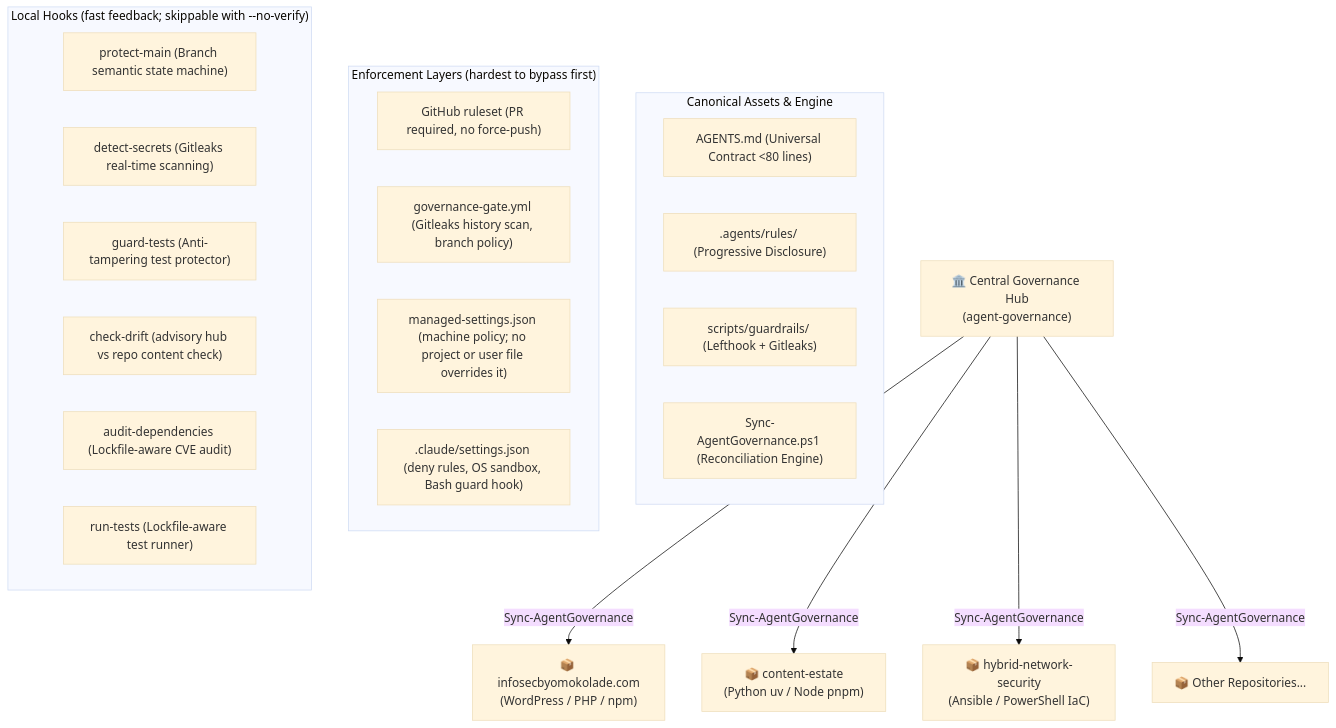
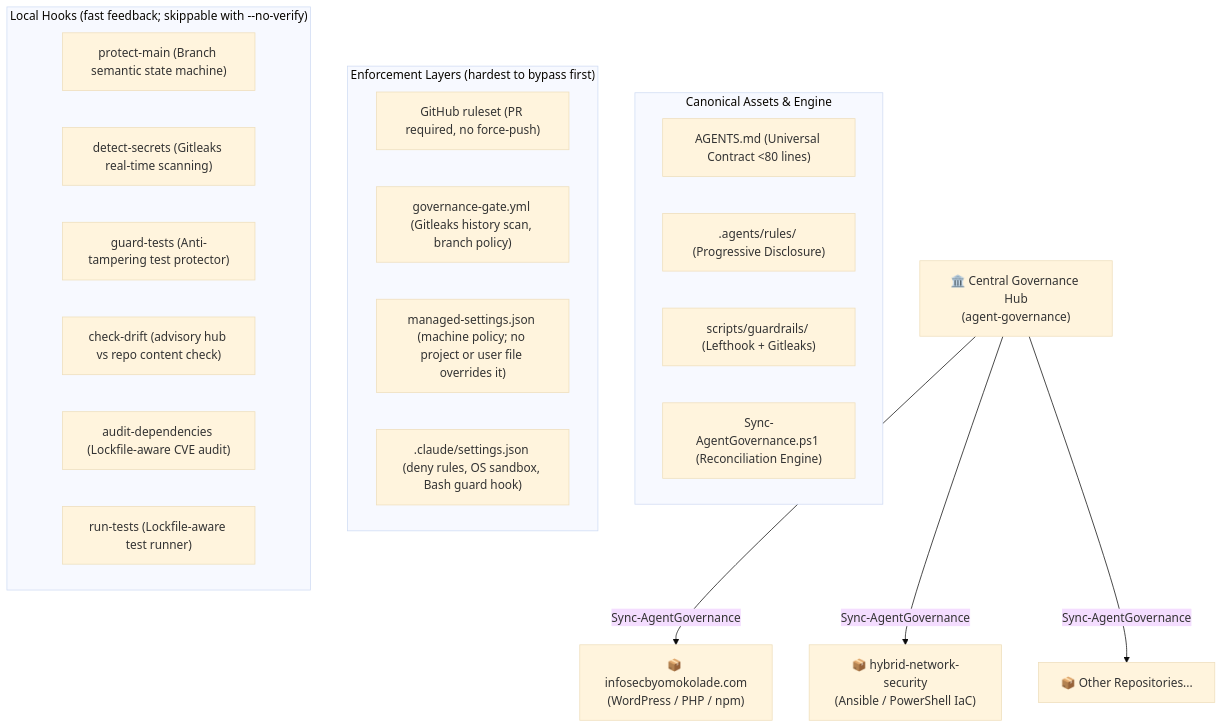
Before and after one commit to kolade-ogunleye/agent-governance: the diagram in README.md, drawn with Mermaid (base theme). The commit also changed other lines of this file and 5 other files, not shown here.

````diff
--- a/README.md
+++ b/README.md
@@ -11,30 +11,29 @@
 ```mermaid
 flowchart TD
     Hub["🏛️ Central Governance Hub<br>(agent-governance)"] -->|Sync-AgentGovernance| R1["📦 infosecbyomokolade.com<br>(WordPress / PHP / npm)"]
-    Hub -->|Sync-AgentGovernance| R2["📦 content-estate<br>(Python uv / Node pnpm)"]
     Hub -->|Sync-AgentGovernance| R3["📦 hybrid-network-security<br>(Ansible / PowerShell IaC)"]
     Hub -->|Sync-AgentGovernance| RN["📦 Other Repositories..."]
 
     subgraph HubContent["Canonical Assets & Engine"]
         T_AGENTS["AGENTS.md (Universal Contract <80 lines)"]
         T_RULES[".agents/rules/ (Progressive Disclosure)"]
         T_GUARDS["scripts/guardrails/ (Lefthook + Gitleaks)"]
         T_ENGINE["Sync-AgentGovernance.ps1 (Reconciliation Engine)"]
     end
 
     subgraph Enforcement["Enforcement Layers (hardest to bypass first)"]
         E_RULESET["GitHub ruleset (PR required, no force-push)"]
         E_CI["governance-gate.yml (Gitleaks history scan, branch policy)"]
         E_MANAGED["managed-settings.json (machine policy; no project or user file overrides it)"]
         E_AGENT[".claude/settings.json (deny rules, OS sandbox, Bash guard hook)"]
     end
 
     subgraph Guardrails["Local Hooks (fast feedback; skippable with --no-verify)"]
         G_MAIN["protect-main (Branch semantic state machine)"]
         G_SECRETS["detect-secrets (Gitleaks real-time scanning)"]
         G_TESTS["guard-tests (Anti-tampering test protector)"]
         G_DRIFT["check-drift (advisory hub vs repo content check)"]
         G_SUPPLY["audit-dependencies (Lockfile-aware CVE audit)"]
         G_RUNNER["run-tests (Lockfile-aware test runner)"]
     end
 ```
````
